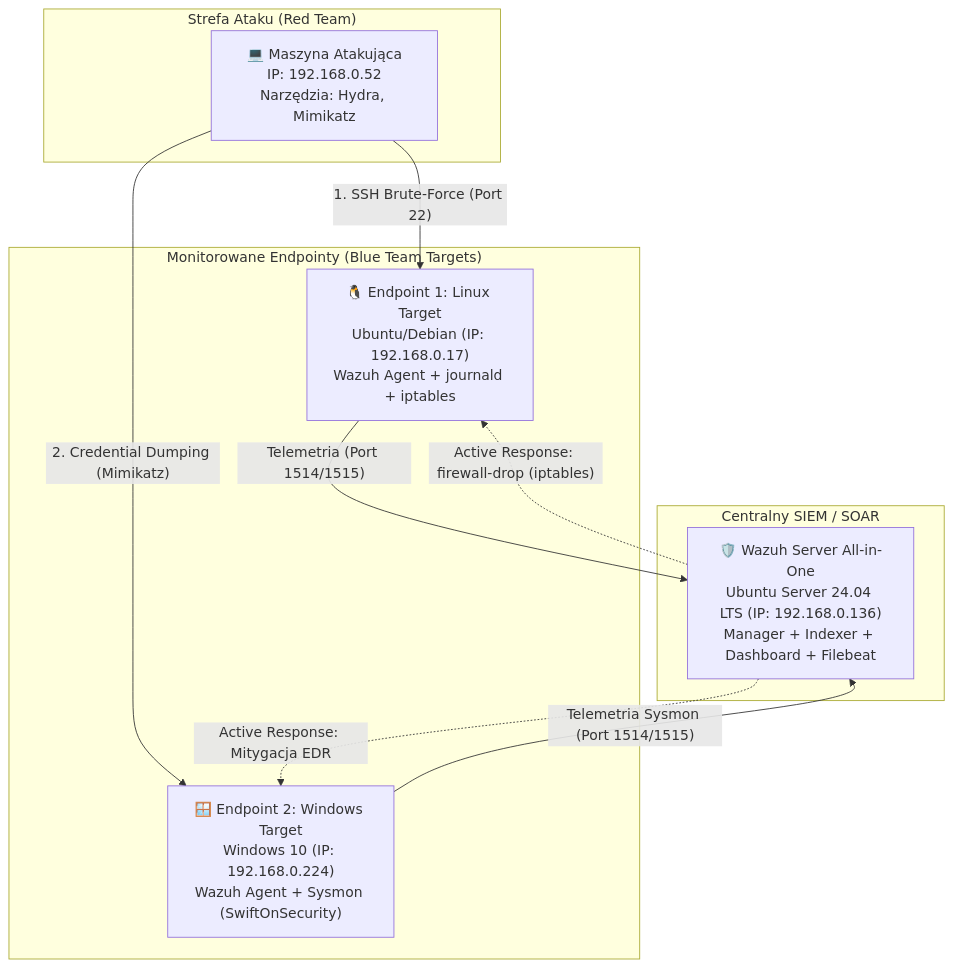
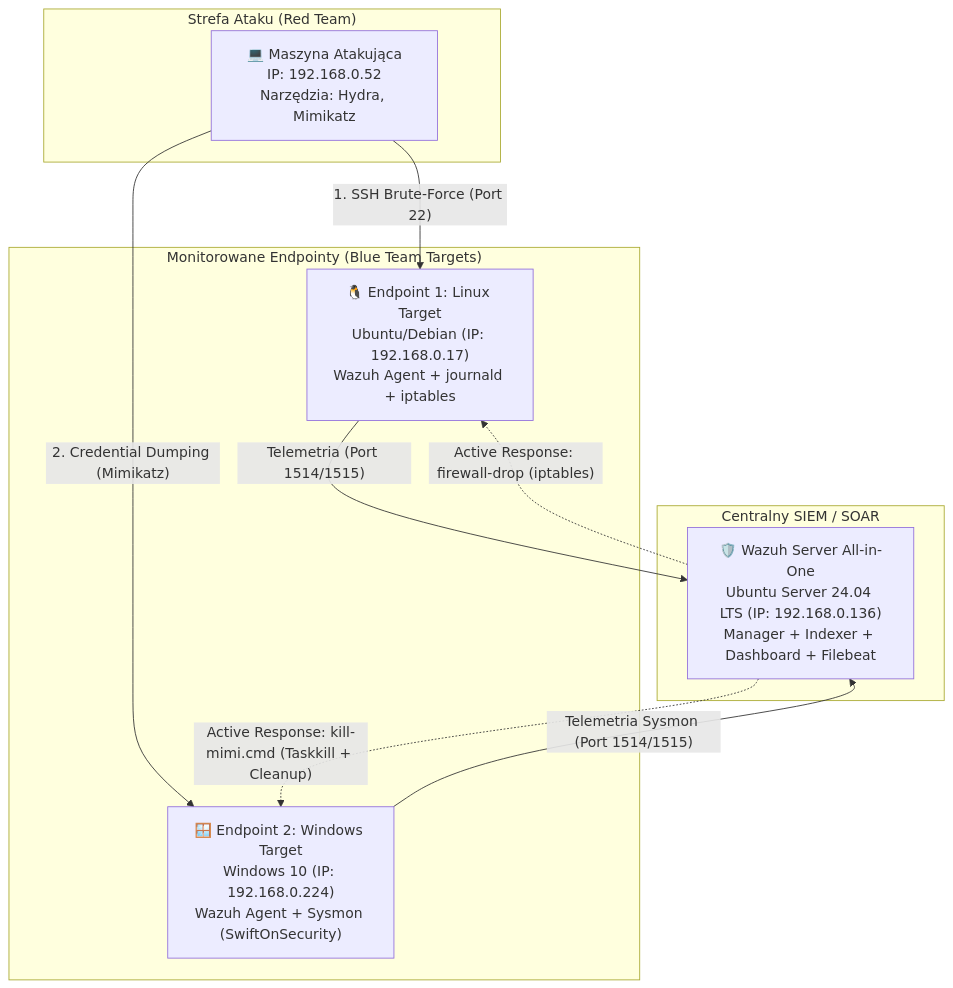
One commit to PiotrAsyngier/Homelab-Wazuh changed the diagram in README.md. Above: the diagram before and after it, drawn with Mermaid. The commit also changed other lines of this file, not shown here.

````diff
--- a/README.md
+++ b/README.md
@@ -15,22 +15,22 @@
 ```mermaid
 graph TD
     subgraph "Strefa Ataku (Red Team)"
         Attacker["💻 Maszyna Atakująca<br/>IP: 192.168.0.52<br/>Narzędzia: Hydra, Mimikatz"]
     end
 
     subgraph "Monitorowane Endpointy (Blue Team Targets)"
         LinuxTarget["🐧 Endpoint 1: Linux Target<br/>Ubuntu/Debian (IP: 192.168.0.17)<br/>Wazuh Agent + journald + iptables"]
         WinTarget["🪟 Endpoint 2: Windows Target<br/>Windows 10 (IP: 192.168.0.224)<br/>Wazuh Agent + Sysmon (SwiftOnSecurity)"]
     end
 
     subgraph "Centralny SIEM / SOAR"
         WazuhSIEM["🛡️ Wazuh Server All-in-One<br/>Ubuntu Server 24.04 LTS (IP: 192.168.0.136)<br/>Manager + Indexer + Dashboard + Filebeat"]
     end
 
     Attacker -->|"1. SSH Brute-Force (Port 22)"| LinuxTarget
     Attacker -->|"2. Credential Dumping (Mimikatz)"| WinTarget
     LinuxTarget -->|"Telemetria (Port 1514/1515)"| WazuhSIEM
     WinTarget -->|"Telemetria Sysmon (Port 1514/1515)"| WazuhSIEM
     WazuhSIEM -.->|"Active Response: firewall-drop (iptables)"| LinuxTarget
-    WazuhSIEM -.->|"Active Response: Mitygacja EDR"| WinTarget
+    WazuhSIEM -.->|"Active Response: kill-mimi.cmd (Taskkill + Cleanup)"| WinTarget
 ```
````
